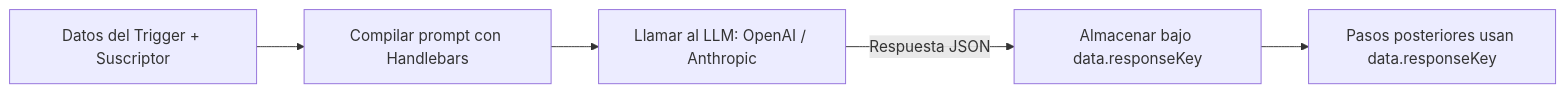
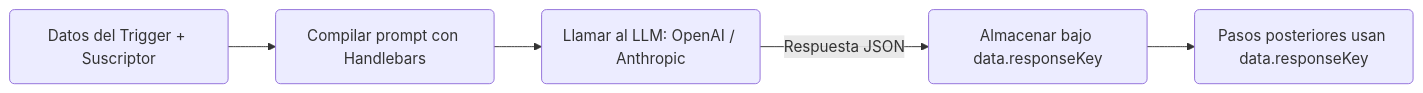
One commit to KriyanshKhunt/nexus_docs changed the first of 2 diagrams in content/docs/es/platform/features/ai-workflow-node.mdx. Above: the diagram before and after it, drawn with Mermaid. The commit also changed other lines of this file and 20 other files, not shown here.

Commit message:
Handle es Mermaid charts

````diff
--- a/content/docs/es/platform/features/ai-workflow-node.mdx
+++ b/content/docs/es/platform/features/ai-workflow-node.mdx
@@ -18,7 +18,7 @@
 ```mermaid
 flowchart LR
-  T[Datos del Trigger + Suscriptor] --> P[Compilar prompt con Handlebars]
-  P --> LLM[Llamar al LLM: OpenAI / Anthropic]
-  LLM -->|Respuesta JSON| D[Almacenar bajo data.responseKey]
-  D --> Step[Pasos posteriores usan data.responseKey]
+  T(Datos del Trigger + Suscriptor) --> P(Compilar prompt con Handlebars)
+  P --> LLM(Llamar al LLM: OpenAI / Anthropic)
+  LLM -->|Respuesta JSON| D(Almacenar bajo data.responseKey)
+  D --> Step(Pasos posteriores usan data.responseKey)
 ```
````
